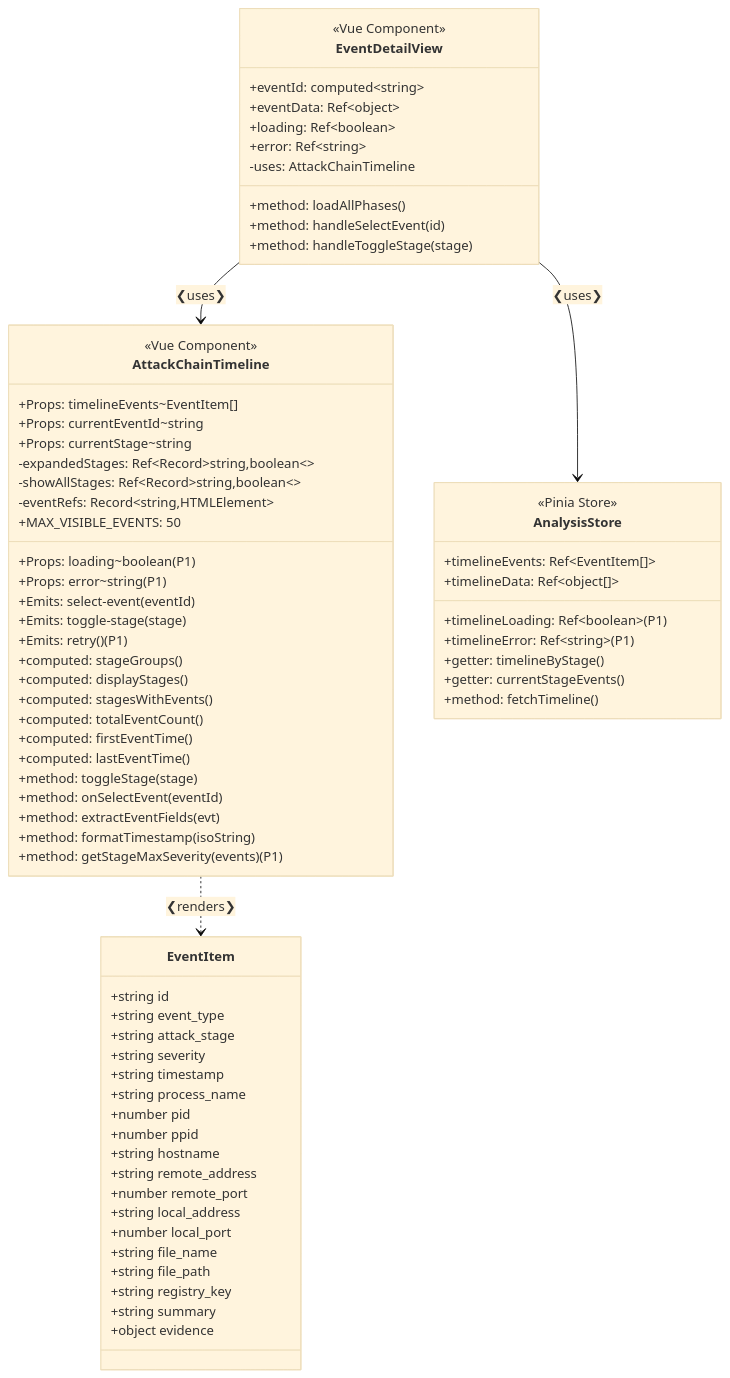
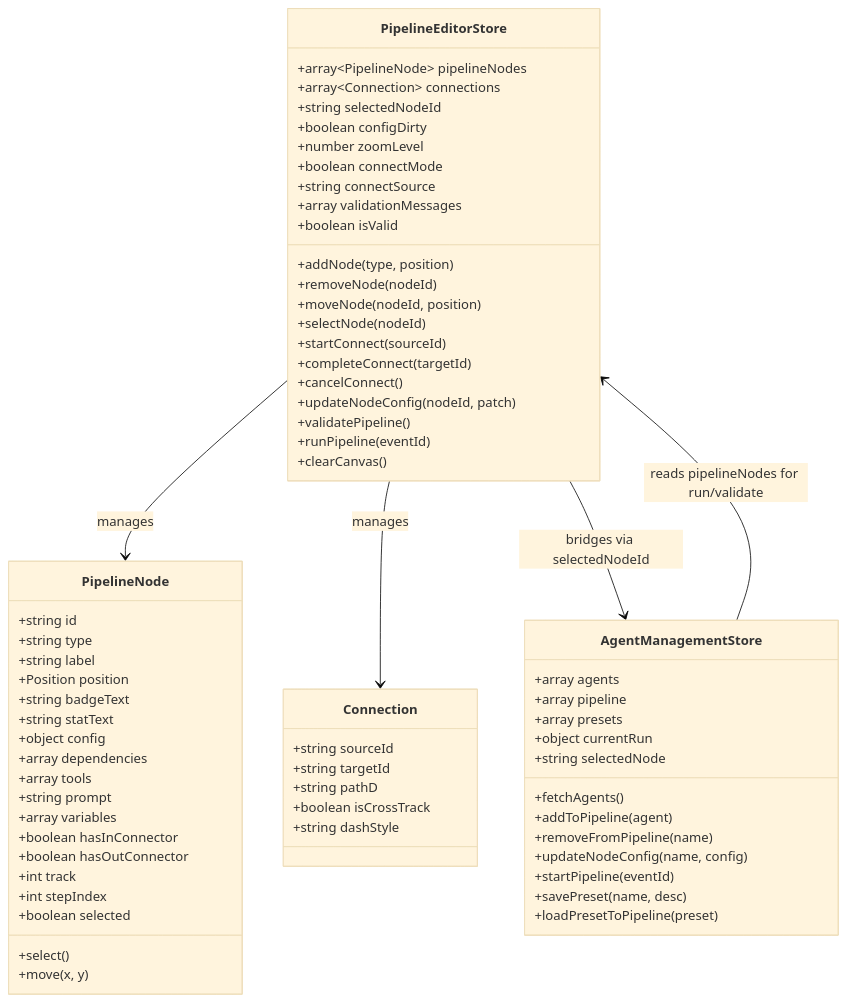
The diagram in docs/class-diagram.mermaid (xyz0915/ir-platform), drawn with Mermaid (base theme) before and after one commit. The commit also changed 72 other files, not shown here.

First line of the commit message:
feat: pipeline node-level debugging, analysis-node palette & agent mgmt integration

```diff
--- a/docs/class-diagram.mermaid
+++ b/docs/class-diagram.mermaid
@@ -1,75 +1,72 @@
 classDiagram
-    class EventItem {
+    class PipelineNode {
         +string id
-        +string event_type
-        +string attack_stage
-        +string severity
-        +string timestamp
-        +string process_name
-        +number pid
-        +number ppid
-        +string hostname
-        +string remote_address
-        +number remote_port
-        +string local_address
-        +number local_port
-        +string file_name
-        +string file_path
-        +string registry_key
-        +string summary
-        +object evidence
+        +string type
+        +string label
+        +Position position
+        +string badgeText
+        +string statText
+        +object config
+        +array dependencies
+        +array tools
+        +string prompt
+        +array variables
+        +boolean hasInConnector
+        +boolean hasOutConnector
+        +int track
+        +int stepIndex
+        +boolean selected
+        +select()
+        +move(x, y)
     }
 
-    class AttackChainTimeline {
-        <<Vue Component>>
-        +Props: timelineEvents~EventItem[]
-        +Props: currentEventId~string
-        +Props: currentStage~string
-        +Props: loading~boolean (P1)
-        +Props: error~string (P1)
-        +Emits: select-event(eventId)
-        +Emits: toggle-stage(stage)
-        +Emits: retry() (P1)
-        -expandedStages: Ref~Record~string,boolean~~
-        -showAllStages: Ref~Record~string,boolean~~
-        -eventRefs: Record~string,HTMLElement~
-        +MAX_VISIBLE_EVENTS: 50
-        +computed: stageGroups()
-        +computed: displayStages()
-        +computed: stagesWithEvents()
-        +computed: totalEventCount()
-        +computed: firstEventTime()
-        +computed: lastEventTime()
-        +method: toggleStage(stage)
-        +method: onSelectEvent(eventId)
-        +method: extractEventFields(evt)
-        +method: formatTimestamp(isoString)
-        +method: getStageMaxSeverity(events) (P1)
+    class Connection {
+        +string sourceId
+        +string targetId
+        +string pathD
+        +boolean isCrossTrack
+        +string dashStyle
     }
 
-    class EventDetailView {
-        <<Vue Component>>
-        +eventId: computed~string~
-        +eventData: Ref~object~
-        +loading: Ref~boolean~
-        +error: Ref~string~
-        +method: loadAllPhases()
-        +method: handleSelectEvent(id)
-        +method: handleToggleStage(stage)
-        -uses: AttackChainTimeline
+    class PipelineEditorStore {
+        +array~PipelineNode~ pipelineNodes
+        +array~Connection~ connections
+        +string selectedNodeId
+        +boolean configDirty
+        +number zoomLevel
+        +boolean connectMode
+        +string connectSource
+        +array validationMessages
+        +boolean isValid
+        +addNode(type, position)
+        +removeNode(nodeId)
+        +moveNode(nodeId, position)
+        +selectNode(nodeId)
+        +startConnect(sourceId)
+        +completeConnect(targetId)
+        +cancelConnect()
+        +updateNodeConfig(nodeId, patch)
+        +validatePipeline()
+        +runPipeline(eventId)
+        +clearCanvas()
     }
 
-    class AnalysisStore {
-        <<Pinia Store>>
-        +timelineEvents: Ref~EventItem[]~
-        +timelineData: Ref~object[]~
-        +timelineLoading: Ref~boolean~ (P1)
-        +timelineError: Ref~string~ (P1)
-        +getter: timelineByStage()
-        +getter: currentStageEvents()
-        +method: fetchTimeline()
+    class AgentManagementStore {
+        +array agents
+        +array pipeline
+        +array presets
+        +object currentRun
+        +string selectedNode
+        +fetchAgents()
+        +addToPipeline(agent)
+        +removeFromPipeline(name)
+        +updateNodeConfig(name, config)
+        +startPipeline(eventId)
+        +savePreset(name, desc)
+        +loadPresetToPipeline(preset)
     }
 
-    EventDetailView --> AttackChainTimeline : ❮uses❯
-    EventDetailView --> AnalysisStore : ❮uses❯
-    AttackChainTimeline ..> EventItem : ❮renders❯
+    PipelineEditorStore --> PipelineNode : manages
+    PipelineEditorStore --> Connection : manages
+    PipelineEditorStore --> AgentManagementStore : bridges via selectedNodeId
+    AgentManagementStore --> PipelineEditorStore : reads pipelineNodes for run/validate
```
